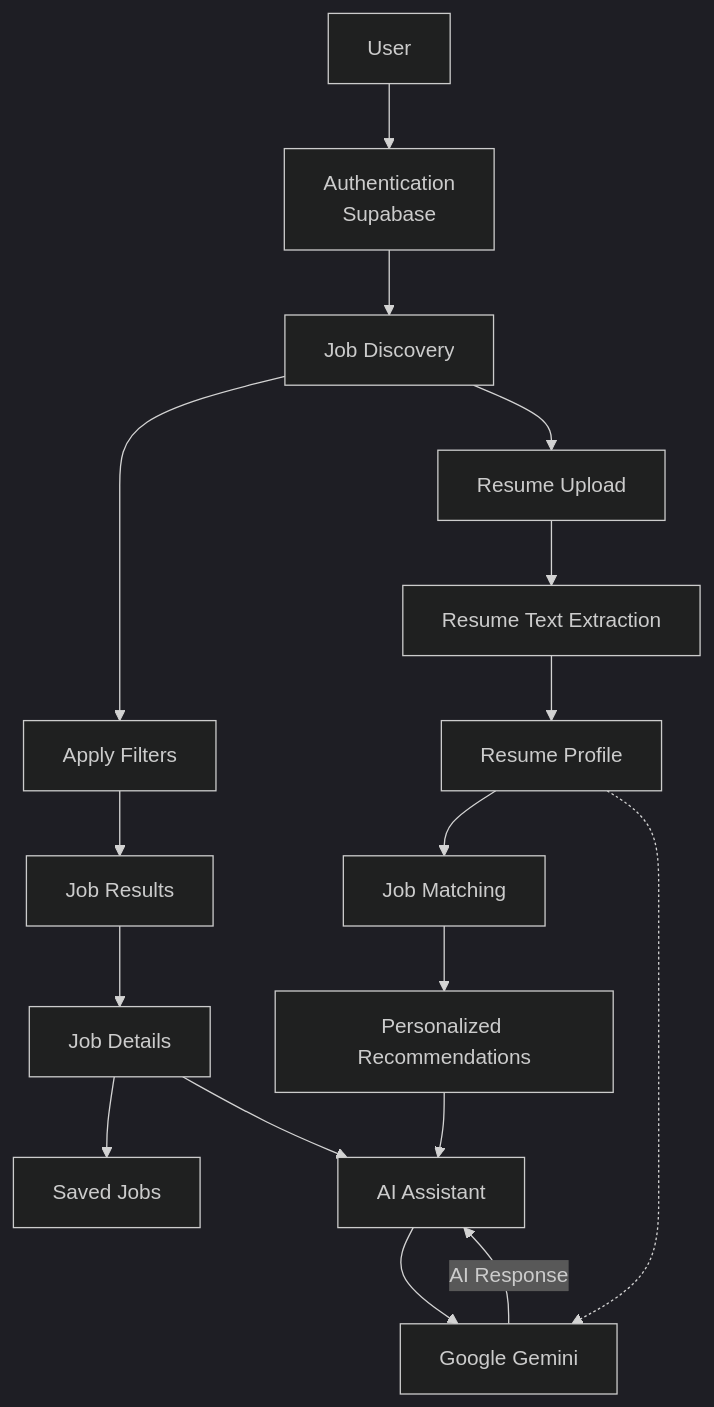
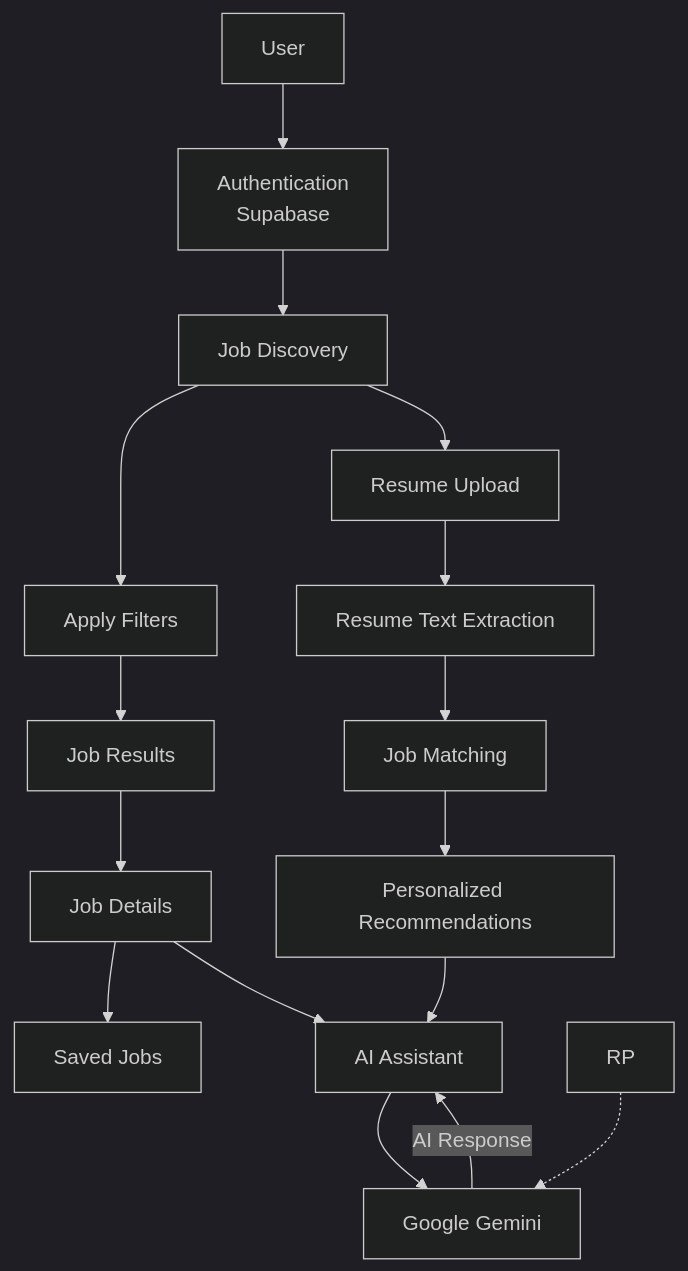
The first of 2 diagrams in README.md (DarshanMathpal/JobWiseAI), drawn with Mermaid (dark theme) before and after one commit.

````diff
--- a/README.md
+++ b/README.md
@@ -50,40 +50,38 @@
 ```mermaid
 flowchart TD
     U[User]
     A[Authentication<br/>Supabase]
     D[Job Discovery]
     R[Job Results]
     J[Job Details]
     AP[Apply Filters]
 
     RS[Resume Upload]
     EX[Resume Text Extraction]
-    RP[Resume Profile]
     M[Job Matching]
     REC[Personalized Recommendations]
 
     S[Saved Jobs]
     AI[AI Assistant]
     G[Google Gemini]
 
     U --> A
     A --> D
     D --> AP
     AP --> R
     R --> J
     D --> RS
 
     RS --> EX
-    EX --> RP
-    RP --> M
+    EX --> M
     M --> REC
 
     J --> S
     J --> AI
     REC --> AI
 
     AI --> G
     G -->|AI Response| AI
 
     RP -.-> G
 ```
````
